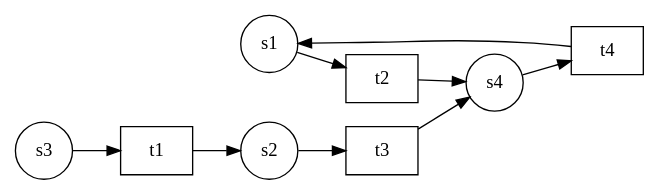
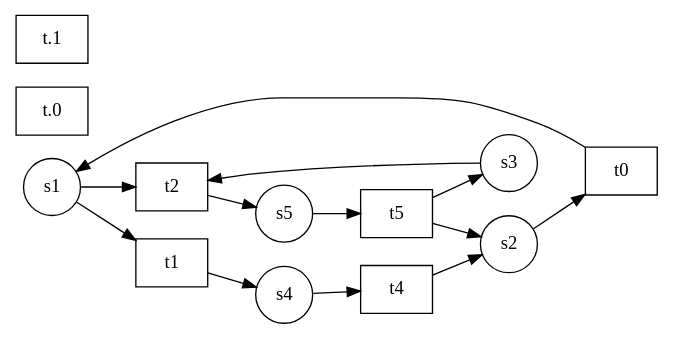
One commit to dnannen/reduction-of-petri-nets changed the diagram in Reduktionsalgorithmen/test.gv. Above: the diagram before and after it, drawn with Graphviz. The commit also changed 3 other files, not shown here.

```diff
--- a/Reduktionsalgorithmen/test.gv
+++ b/Reduktionsalgorithmen/test.gv
@@ -1,20 +1,30 @@
 digraph petrinet{
 node[shape=circle];
 rankdir=LR;
 "s1";
 "s2";
 "s3";
 "s4";
+"s5";
+"t0" [shape=box];
 "t1" [shape=box];
 "t2" [shape=box];
-"t3" [shape=box];
 "t4" [shape=box];
+"t5" [shape=box];
+"t.0" [shape=box];
+"t.1" [shape=box];
+"t.0" [shape=box];
+"t.0" [shape=box];
+"s1"->"t1"
 "s1"->"t2"
-"s2"->"t3"
-"s3"->"t1"
+"s2"->"t0"
+"s3"->"t2"
 "s4"->"t4"
-"t1"->"s2"
-"t2"->"s4"
-"t3"->"s4"
-"t4"->"s1"
+"s5"->"t5"
+"t0"->"s1"
+"t1"->"s4"
+"t2"->"s5"
+"t4"->"s2"
+"t5"->"s2"
+"t5"->"s3"
 }
```
